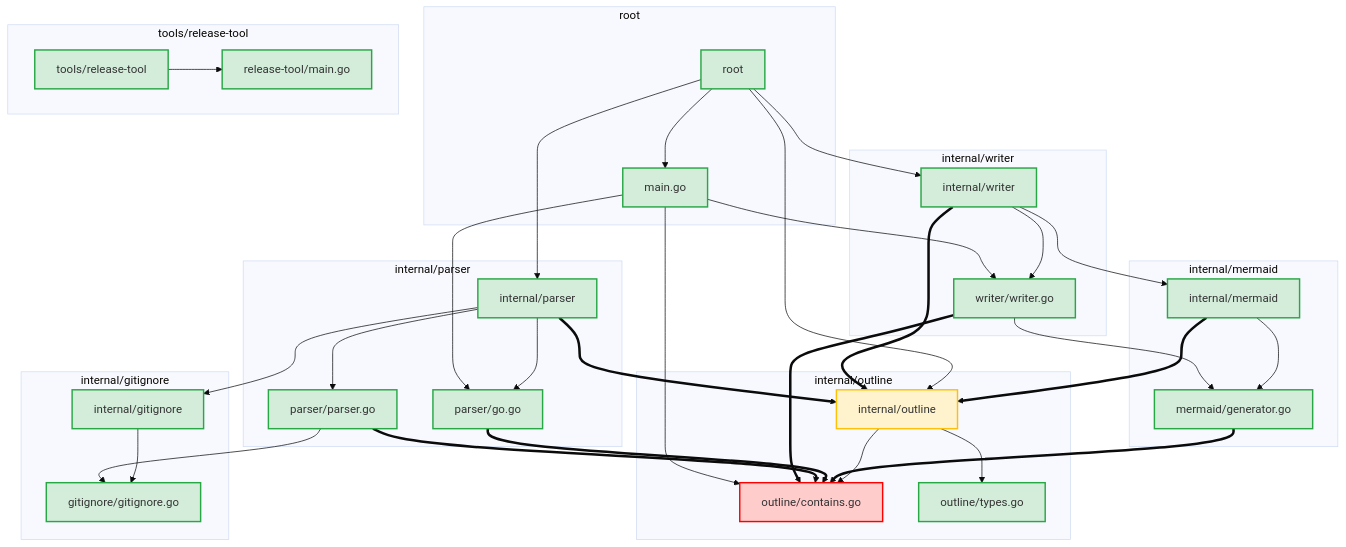
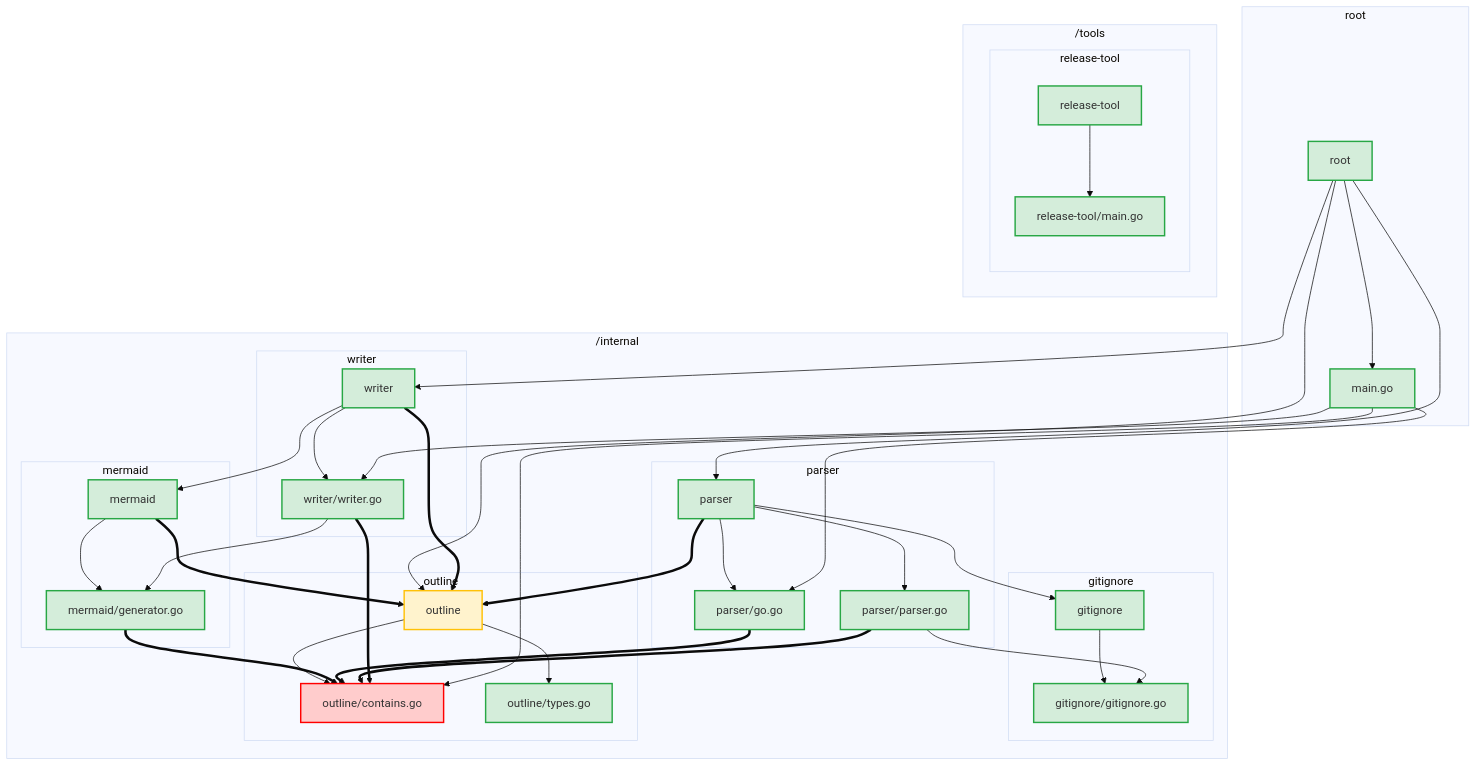
Before and after one commit to jasonwillschiu/codebrev: the diagram in codebrev.md, drawn with Mermaid (base theme). The commit also changed other lines of this file and 3 other files, not shown here.

First line of the commit message:
Update: Nested subgraph grouping for Mermaid diagrams

````diff
--- a/codebrev.md
+++ b/codebrev.md
@@ -10,79 +10,72 @@
 ```mermaid
 graph TB
-    P0["root"]:::lowRisk
-    P1["internal/gitignore"]:::lowRisk
-    P2["internal/mermaid"]:::lowRisk
-    P3["internal/outline"]:::mediumRisk
-    P4["internal/parser"]:::lowRisk
-    P5["internal/writer"]:::lowRisk
-    P6["tools/release-tool"]:::lowRisk
 
-    subgraph pkg_root ["root"]
-        P0
+    subgraph top_root ["root"]
+        P0["root"]:::lowRisk
         F0["main.go"]:::lowRisk
         P0 --> F0
     end
 
-    subgraph pkg_internal_gitignore ["internal/gitignore"]
-        P1
-        F1["gitignore/gitignore.go"]:::lowRisk
-        P1 --> F1
+    subgraph top_internal ["/internal"]
+        subgraph pkg_internal_gitignore ["gitignore"]
+            P1["gitignore"]:::lowRisk
+            F1["gitignore/gitignore.go"]:::lowRisk
+            P1 --> F1
+        end
+        subgraph pkg_internal_mermaid ["mermaid"]
+            P2["mermaid"]:::lowRisk
+            F2["mermaid/generator.go"]:::lowRisk
+            P2 --> F2
+        end
+        subgraph pkg_internal_outline ["outline"]
+            P3["outline"]:::mediumRisk
+            F3["outline/contains.go"]:::highRisk
+            P3 --> F3
+            F4["outline/types.go"]:::lowRisk
+            P3 --> F4
+        end
+        subgraph pkg_internal_parser ["parser"]
+            P4["parser"]:::lowRisk
+            F5["parser/go.go"]:::lowRisk
+            P4 --> F5
+            F6["parser/parser.go"]:::lowRisk
+            P4 --> F6
+        end
+        subgraph pkg_internal_writer ["writer"]
+            P5["writer"]:::lowRisk
+            F7["writer/writer.go"]:::lowRisk
+            P5 --> F7
+        end
     end
 
-    subgraph pkg_internal_mermaid ["internal/mermaid"]
-        P2
-        F2["mermaid/generator.go"]:::lowRisk
-        P2 --> F2
-    end
-
-    subgraph pkg_internal_outline ["internal/outline"]
-        P3
-        F3["outline/contains.go"]:::highRisk
-        P3 --> F3
-        F4["outline/types.go"]:::lowRisk
-        P3 --> F4
-    end
-
-    subgraph pkg_internal_parser ["internal/parser"]
-        P4
-        F5["parser/go.go"]:::lowRisk
-        P4 --> F5
-        F6["parser/parser.go"]:::lowRisk
-        P4 --> F6
-    end
-
-    subgraph pkg_internal_writer ["internal/writer"]
-        P5
-        F7["writer/writer.go"]:::lowRisk
-        P5 --> F7
-    end
-
-    subgraph pkg_tools_release_tool ["tools/release-tool"]
-        P6
-        F8["release-tool/main.go"]:::lowRisk
-        P6 --> F8
+    subgraph top_tools ["/tools"]
+        subgraph pkg_tools_release_tool ["release-tool"]
+            P6["release-tool"]:::lowRisk
+            F8["release-tool/main.go"]:::lowRisk
+            P6 --> F8
+        end
     end
 
     P0 --> P3
     P0 --> P4
     P0 --> P5
     P2 ==> P3
     P4 ==> P3
     P4 --> P1
     P5 --> P2
     P5 ==> P3
 
     F2 ==> F3
     F5 ==> F3
     F6 --> F1
     F6 ==> F3
     F7 --> F2
     F7 ==> F3
     F0 --> F3
     F0 --> F5
     F0 --> F7
 
     classDef highRisk fill:#ffcccc,stroke:#ff0000,stroke-width:2px
     classDef mediumRisk fill:#fff3cd,stroke:#ffc107,stroke-width:2px
     classDef lowRisk fill:#d4edda,stroke:#28a745,stroke-width:2px
 ```
````
